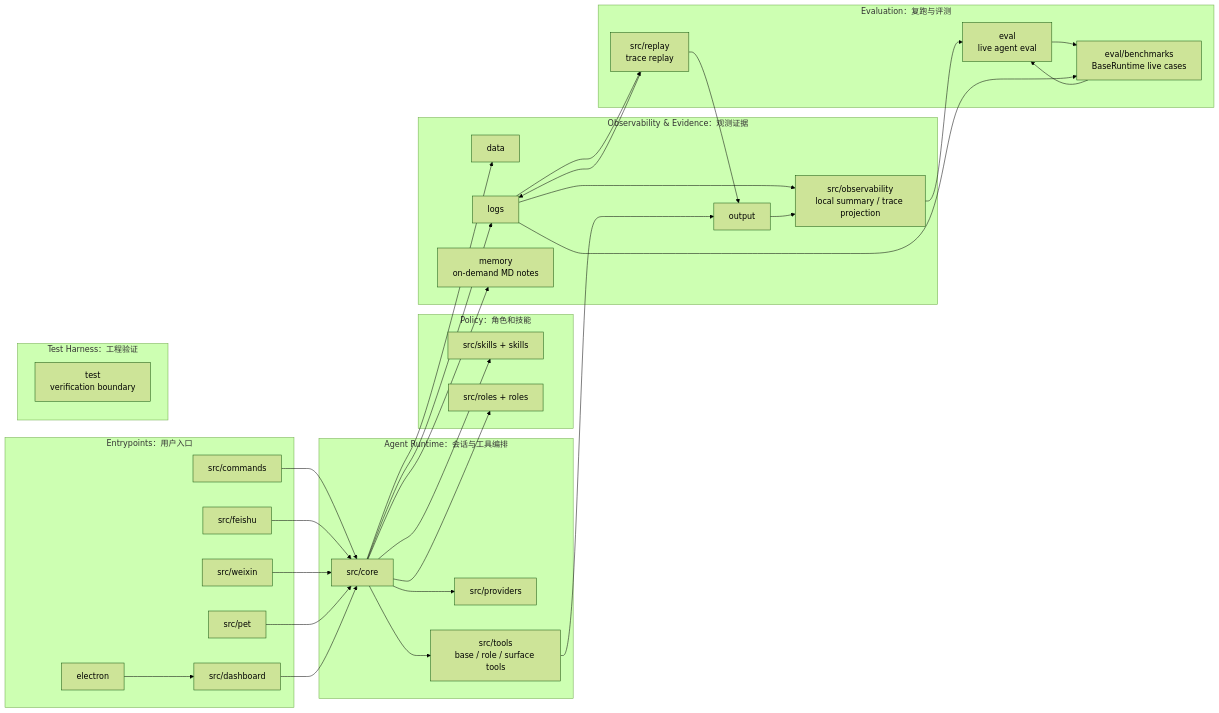
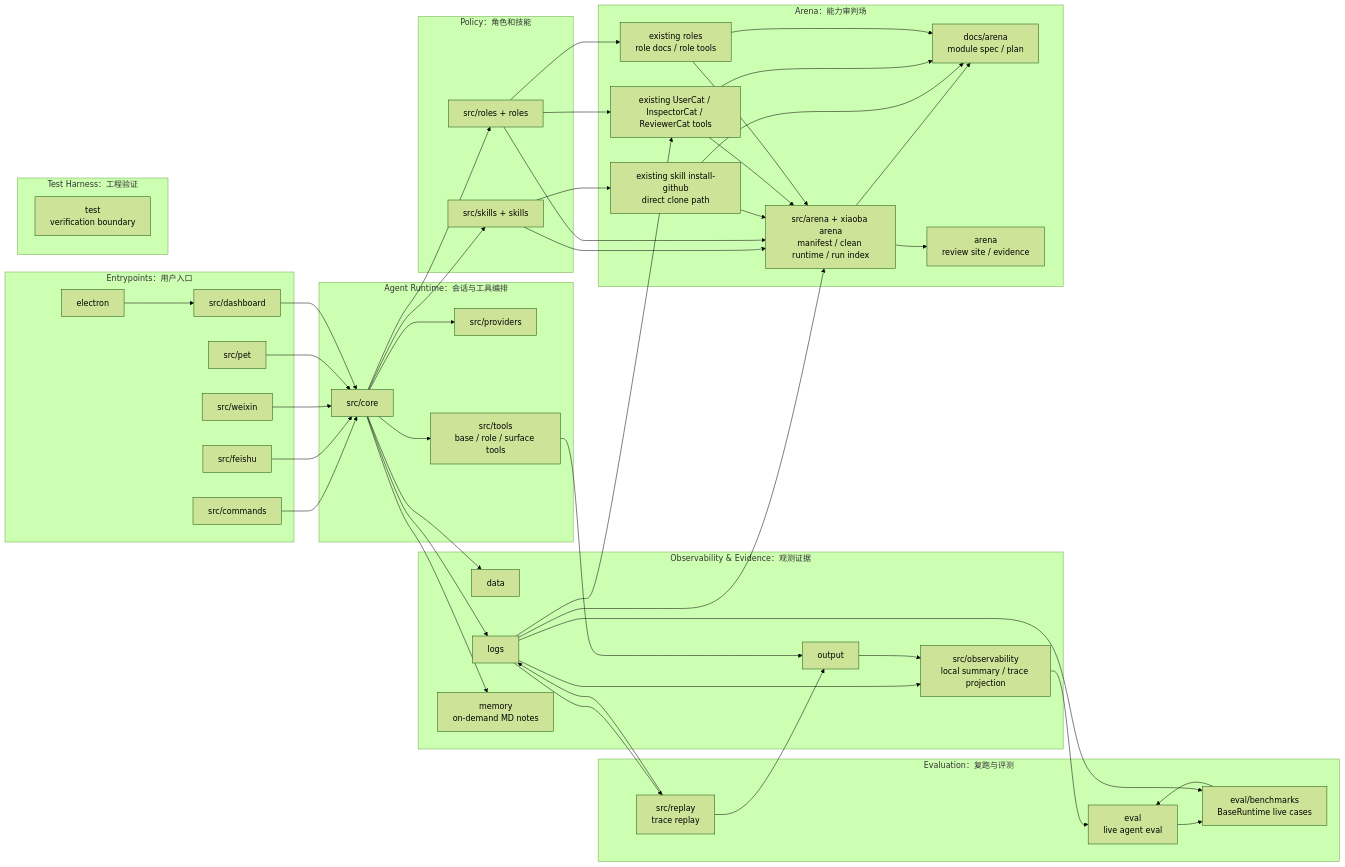
One commit to fightheyyy/XiaoBa-CLI changed the first of 3 diagrams in docs/SPEC.md. Above: the diagram before and after it, drawn with Mermaid (forest theme). The commit also changed other lines of this file and 100 other files, not shown here.

````diff
--- a/docs/SPEC.md
+++ b/docs/SPEC.md
@@ -96,6 +97,15 @@
         EvalBench["eval/benchmarks<br/>BaseRuntime live cases"]
     end
 
+    subgraph ArenaModule["Arena：能力审判场"]
+        ArenaDocs["docs/arena<br/>module spec / plan"]
+        ArenaSite["arena<br/>review site / evidence"]
+        ArenaCtl["src/arena + xiaoba arena<br/>manifest / clean runtime / run index"]
+        ExistingSkillCmd["existing skill install-github<br/>direct clone path"]
+        ExistingArenaInputs["existing UserCat / InspectorCat / ReviewerCat tools"]
+        ExistingRoleInputs["existing roles<br/>role docs / role tools"]
+    end
+
     Commands --> Core
     Feishu --> Core
     Weixin --> Core
@@ -121,4 +131,19 @@
     Logs --> EvalBench
     EvalBench --> Eval
     Obs --> Eval
+    Skills --> ExistingSkillCmd
+    Skills --> ArenaCtl
+    Roles --> ArenaCtl
+    Roles --> ExistingArenaInputs
+    Roles --> ExistingRoleInputs
+    Logs --> ExistingArenaInputs
+    Logs --> ArenaCtl
+    ExistingSkillCmd --> ArenaCtl
+    ExistingArenaInputs --> ArenaCtl
+    ExistingRoleInputs --> ArenaCtl
+    ArenaCtl --> ArenaSite
+    ArenaCtl --> ArenaDocs
+    ExistingSkillCmd --> ArenaDocs
+    ExistingArenaInputs --> ArenaDocs
+    ExistingRoleInputs --> ArenaDocs
 ```
````
